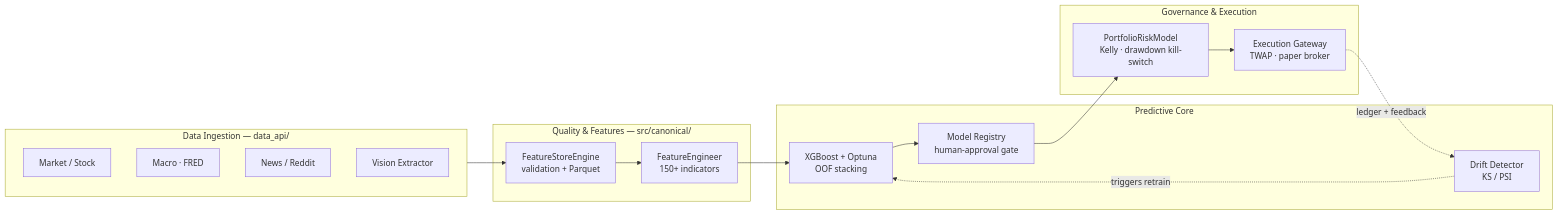
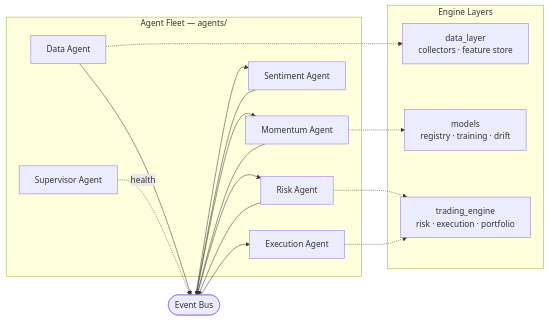
Before and after one commit to KhaledBakhtriIA/the_volt: the diagram in README.md, drawn with Mermaid. The commit also changed other lines of this file and 215 other files, not shown here.

First line of the commit message:
Reshape into startup-grade agent architecture

````diff
--- a/README.md
+++ b/README.md
@@ -45,29 +46,27 @@
 ```mermaid
 flowchart LR
-    subgraph Ingest["Data Ingestion — data_api/"]
-        C1[Market / Stock]
-        C2[Macro · FRED]
-        C3[News / Reddit]
-        C4[Vision Extractor]
+    subgraph Agents["Agent Fleet — agents/"]
+        DA["Data Agent"]
+        MA["Momentum Agent"]
+        SA["Sentiment Agent"]
+        RA["Risk Agent"]
+        EA["Execution Agent"]
+        SUP["Supervisor Agent"]
     end
 
-    subgraph Quality["Quality & Features — src/canonical/"]
-        FS["FeatureStoreEngine<br/>validation + Parquet"]
-        FE["FeatureEngineer<br/>150+ indicators"]
+    BUS(["Event Bus"])
+    DA --> BUS --> MA & SA --> BUS
+    BUS --> RA --> BUS --> EA
+    SUP -. health .-> BUS
+
+    subgraph Engine["Engine Layers"]
+        DL["data_layer<br/>collectors · feature store"]
+        MO["models<br/>registry · training · drift"]
+        TE["trading_engine<br/>risk · execution · portfolio"]
     end
 
-    subgraph Brain["Predictive Core"]
-        XGB["XGBoost + Optuna<br/>OOF stacking"]
-        REG["Model Registry<br/>human-approval gate"]
-        DRIFT["Drift Detector<br/>KS / PSI"]
-    end
-
-    subgraph Gov["Governance & Execution"]
-        RISK["PortfolioRiskModel<br/>Kelly · drawdown kill-switch"]
-        EXEC["Execution Gateway<br/>TWAP · paper broker"]
-    end
-
-    Ingest --> FS --> FE --> XGB --> REG --> RISK --> EXEC
-    DRIFT -. triggers retrain .-> XGB
-    EXEC -. ledger + feedback .-> DRIFT
+    DA -.-> DL
+    MA -.-> MO
+    RA -.-> TE
+    EA -.-> TE
 ```
````
